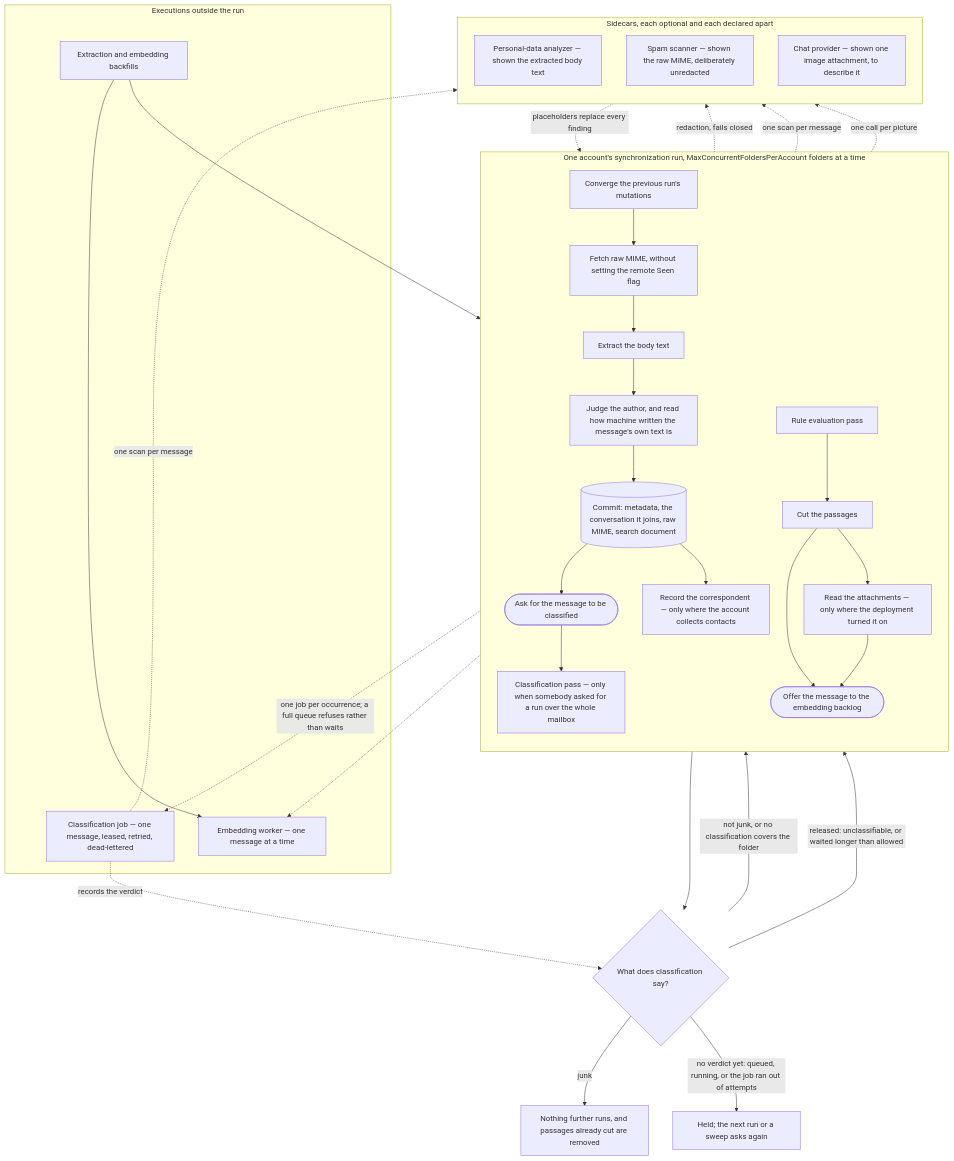
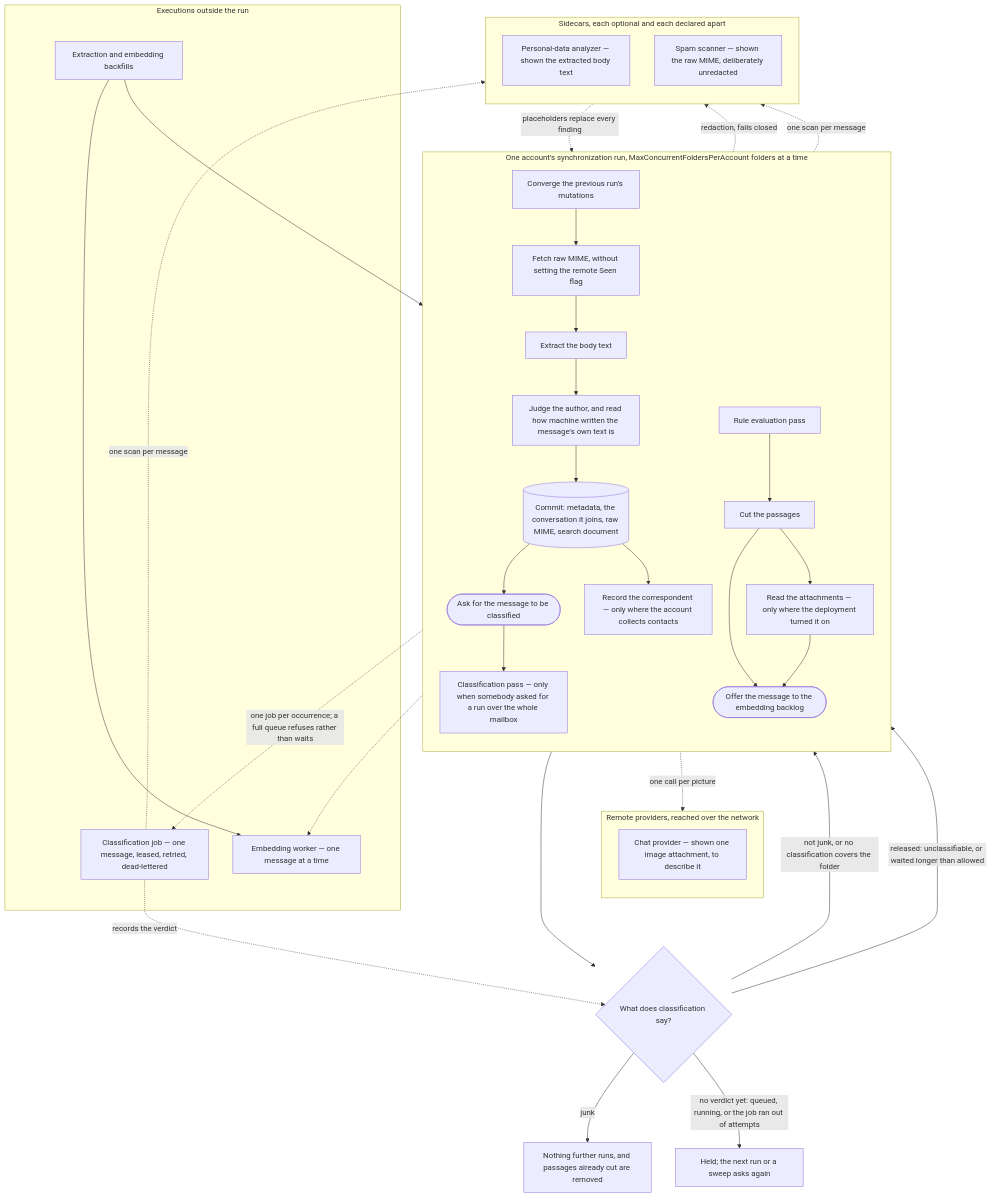
Before and after one commit to Krzysztof318/MailFathom: the diagram in docs/architecture/arrival-pipeline.md, drawn with Mermaid. The commit also changed other lines of this file and 40 other files, not shown here.

````diff
--- a/docs/architecture/arrival-pipeline.md
+++ b/docs/architecture/arrival-pipeline.md
@@ -16,56 +16,60 @@
 ```mermaid
 flowchart TD
     subgraph run["One account's synchronization run, MaxConcurrentFoldersPerAccount folders at a time"]
         direction TB
         converge["Converge the previous run's mutations"]
         fetch["Fetch raw MIME, without setting the remote Seen flag"]
         extract["Extract the body text"]
         judge["Judge the author, and read how machine written the message's own text is"]
         commit[("Commit: metadata, the conversation it joins, raw MIME, search document")]
         ask(["Ask for the message to be classified"])
         collect["Record the correspondent — only where the account collects contacts"]
         classify["Classification pass — only when somebody asked for a run over the whole mailbox"]
         rules["Rule evaluation pass"]
         cut["Cut the passages"]
         read["Read the attachments — only where the deployment turned it on"]
         offer(["Offer the message to the embedding backlog"])
     end
 
     subgraph sidecars["Sidecars, each optional and each declared apart"]
         direction TB
         presidio["Personal-data analyzer — shown the extracted body text"]
         spamd["Spam scanner — shown the raw MIME, deliberately unredacted"]
+    end
+
+    subgraph remote["Remote providers, reached over the network"]
+        direction TB
         vision["Chat provider — shown one image attachment, to describe it"]
     end
 
     subgraph elsewhere["Executions outside the run"]
         job["Classification job — one message, leased, retried, dead-lettered"]
         worker["Embedding worker — one message at a time"]
         sweeps["Extraction and embedding backfills"]
     end
 
     converge --> fetch --> extract --> judge
     judge -. "redaction, fails closed" .-> presidio
     presidio -. "placeholders replace every finding" .-> judge
     judge --> commit
     commit --> ask
     commit --> collect
     ask -. "one job per occurrence; a full queue refuses rather than waits" .-> job
     ask --> classify
     job -. "one scan per message" .-> spamd
     classify -. "one scan per message" .-> spamd
     job -. "records the verdict" .-> gate
     classify --> gate{"What does classification say?"}
     gate -- "junk" --> withheld["Nothing further runs, and passages already cut are removed"]
     gate -- "not junk, or no classification covers the folder" --> rules
     gate -- "no verdict yet: queued, running, or the job ran out of attempts" --> held["Held; the next run or a sweep asks again"]
     gate -- "released: unclassifiable, or waited longer than allowed" --> rules
     rules --> cut
     cut --> offer
     cut --> read
     read --> offer
     read -. "one call per picture" .-> vision
     offer -.-> worker
     sweeps --> cut
     sweeps --> worker
 ```
````
